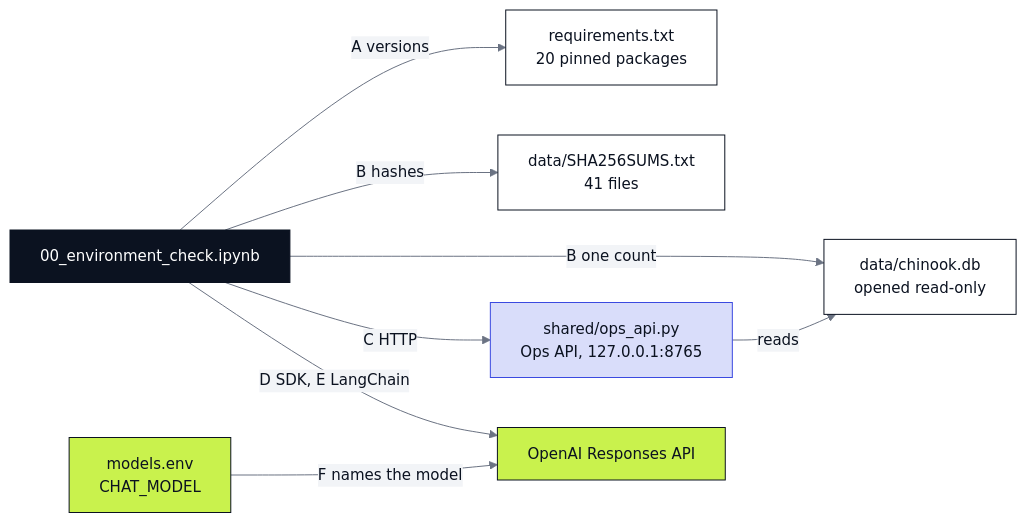
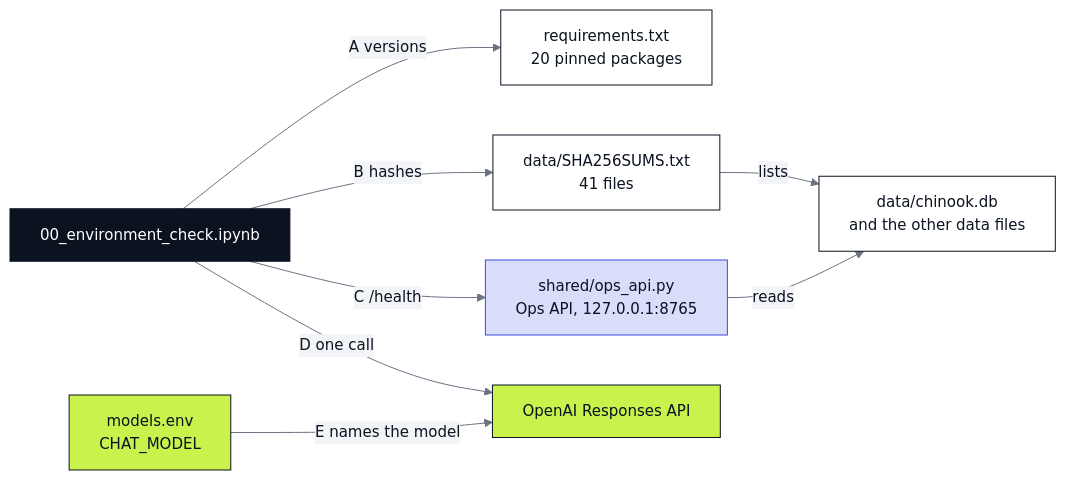
The diagram in 00_Environment_Check/resources/lab00_checks.mmd (skjagini/agentic_ai_conversational_agents), drawn with Mermaid before and after one commit. The commit also changed 3 other files, not shown here.

```diff
--- a/00_Environment_Check/resources/lab00_checks.mmd
+++ b/00_Environment_Check/resources/lab00_checks.mmd
@@ -1,27 +1,27 @@
 %%{init: {"theme": "base", "flowchart": {"curve": "basis", "wrappingWidth": 360}, "themeVariables": {"fontFamily": "IBM Plex Mono, monospace", "fontSize": "15px", "primaryColor": "#FFFFFF", "primaryBorderColor": "#0B1220", "primaryTextColor": "#0B1220", "lineColor": "#6B7383", "edgeLabelBackground": "#F2F4F7"}}}%%
 %% Lab 00: what each part of the notebook checks.
 %% Export: npx -y @mermaid-js/mermaid-cli -i lab00_checks.mmd -o lab00_checks.png -b white -s 2
 flowchart LR
     NB["00_environment_check.ipynb"]
     REQ["requirements.txt<br>20 pinned packages"]
     SUMS["data/SHA256SUMS.txt<br>41 files"]
-    DB["data/chinook.db<br>opened read-only"]
+    DB["data/chinook.db<br>and the other data files"]
     API["shared/ops_api.py<br>Ops API, 127.0.0.1:8765"]
     ENV["models.env<br>CHAT_MODEL"]
     OAI["OpenAI Responses API"]
 
     NB -- "A versions" --> REQ
     NB -- "B hashes" --> SUMS
-    NB -- "B one count" --> DB
-    NB -- "C HTTP" --> API
+    SUMS -- "lists" --> DB
+    NB -- "C /health" --> API
     API -- "reads" --> DB
-    NB -- "D SDK, E LangChain" --> OAI
-    ENV -- "F names the model" --> OAI
+    NB -- "D one call" --> OAI
+    ENV -- "E names the model" --> OAI
 
     classDef ink fill:#0B1220,stroke:#0B1220,color:#FFFFFF
     classDef indigo fill:#D9DDFA,stroke:#3B4AE0,color:#0B1220
     classDef lime fill:#C9F24D,stroke:#0B1220,color:#0B1220
     class NB ink
     class API indigo
     class ENV lime
     class OAI lime
```
